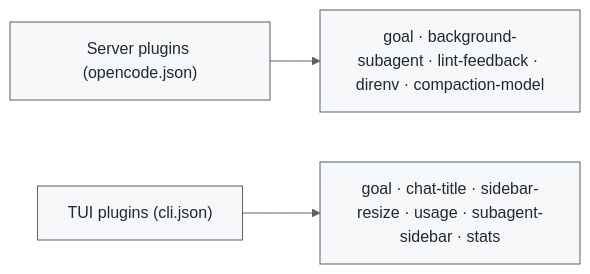
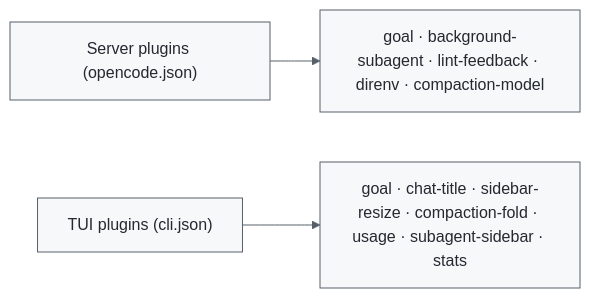
Before and after one commit to qunqin24/opendock: the diagram in src/data/readme/madsoftwaredev--opencode-compaction-model.md, drawn with Mermaid. The commit also changed other lines of this file and 378 other files, not shown here.

````diff
--- a/src/data/readme/madsoftwaredev--opencode-compaction-model.md
+++ b/src/data/readme/madsoftwaredev--opencode-compaction-model.md
@@ -26,6 +26,6 @@
 ```mermaid
 %%{init: {'theme': 'base', 'themeVariables': {'primaryColor': '#f6f8fa', 'primaryBorderColor': '#57606a', 'primaryTextColor': '#24292f', 'lineColor': '#57606a'}}}%%
 flowchart LR
     S["Server plugins (opencode.json)"] --> A["goal · background-subagent · lint-feedback · direnv · compaction-model"]
-    T["TUI plugins (cli.json)"] --> B["goal · chat-title · sidebar-resize · usage · subagent-sidebar · stats"]
+    T["TUI plugins (cli.json)"] --> B["goal · chat-title · sidebar-resize · compaction-fold · usage · subagent-sidebar · stats"]
 ```
````
